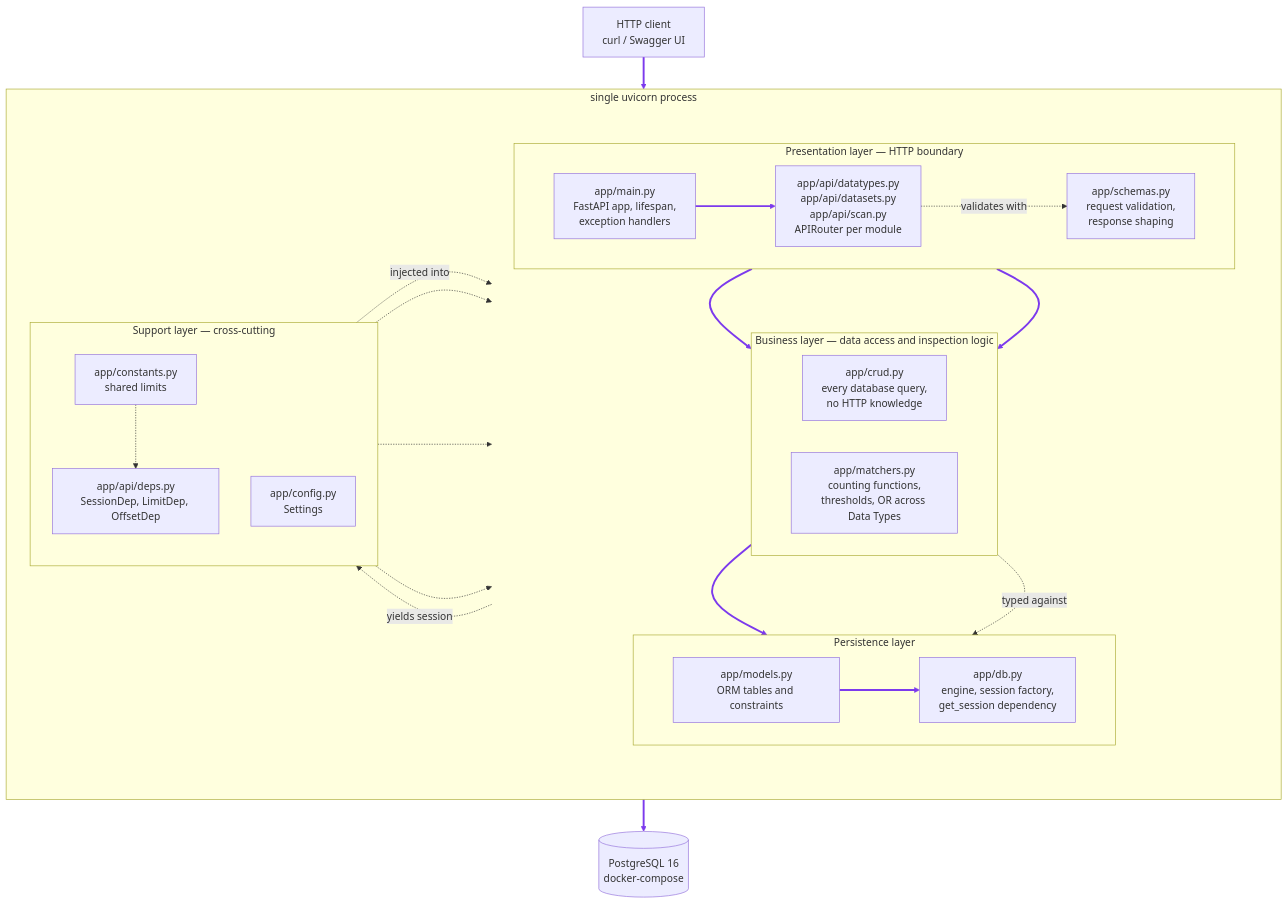
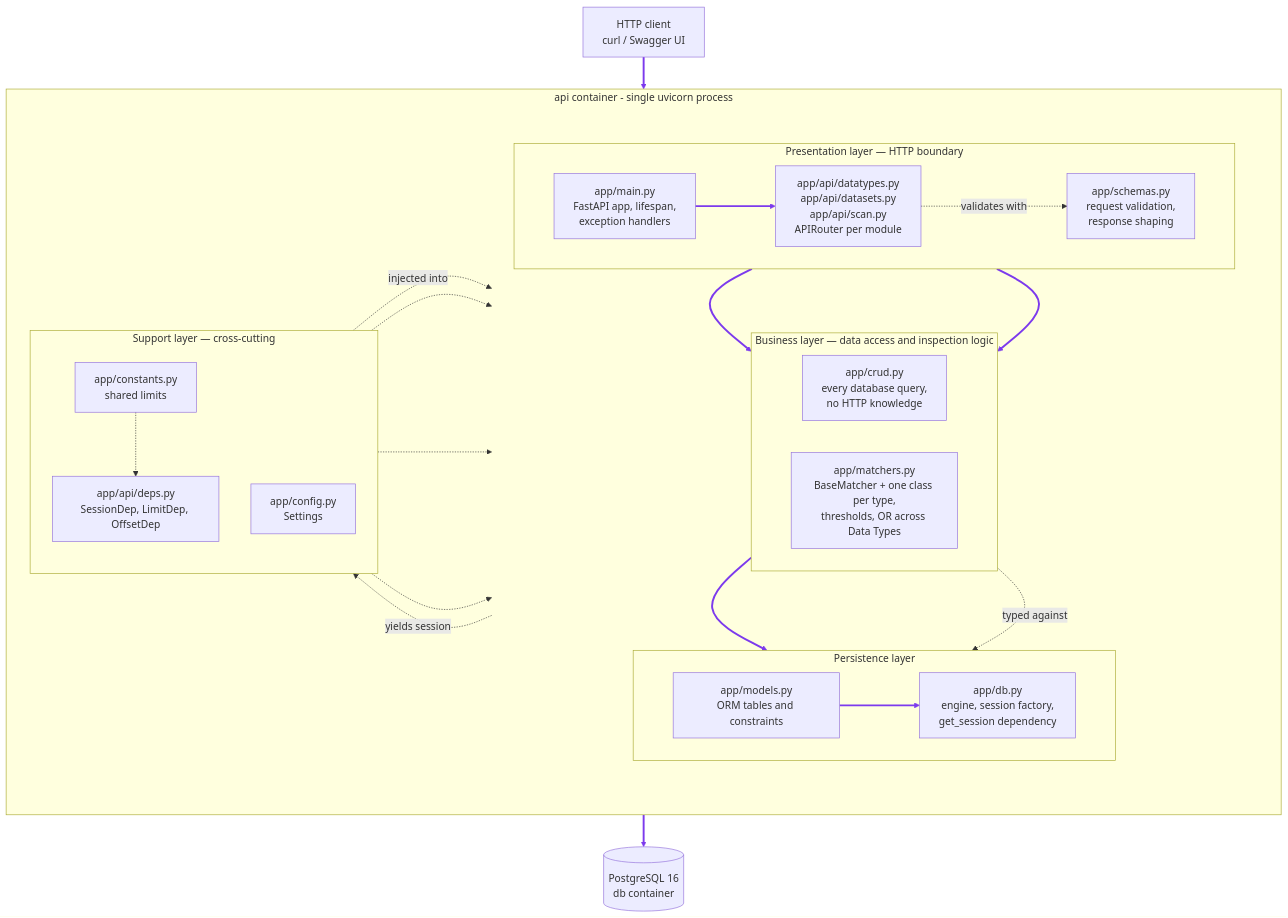
Before and after one commit to dolevol/data_leak_prevention: diagram 13 of 19 in docs/ARCHITECTURE.md, drawn with Mermaid. The commit also changed other lines of this file and 9 other files, not shown here.

````diff
--- a/docs/ARCHITECTURE.md
+++ b/docs/ARCHITECTURE.md
@@ -216,61 +212,61 @@
 ```mermaid
 flowchart TD
     Client["HTTP client<br/>curl / Swagger UI"] --> Main
 
-    subgraph App ["single uvicorn process"]
+    subgraph App ["api container - single uvicorn process"]
         direction LR
 
         subgraph Core [" "]
             direction TB
 
             subgraph L1 ["Presentation layer — HTTP boundary"]
                 direction LR
                 Main["app/main.py<br/>FastAPI app, lifespan,<br/>exception handlers"]
                 Routers["app/api/datatypes.py<br/>app/api/datasets.py<br/>app/api/scan.py<br/>APIRouter per module"]
                 Schemas["app/schemas.py<br/>request validation,<br/>response shaping"]
             end
 
             subgraph L2 ["Business layer — data access and inspection logic"]
                 direction LR
                 Crud["app/crud.py<br/>every database query,<br/>no HTTP knowledge"]
-                Matchers["app/matchers.py<br/>counting functions,<br/>thresholds, OR across Data Types"]
+                Matchers["app/matchers.py<br/>BaseMatcher + one class per type,<br/>thresholds, OR across Data Types"]
             end
 
             subgraph L3 ["Persistence layer"]
                 direction LR
                 Models["app/models.py<br/>ORM tables and constraints"]
                 Db["app/db.py<br/>engine, session factory,<br/>get_session dependency"]
             end
         end
 
         subgraph L4 ["Support layer — cross-cutting"]
             direction TB
             Deps["app/api/deps.py<br/>SessionDep, LimitDep, OffsetDep"]
             Const["app/constants.py<br/>shared limits"]
             Cfg["app/config.py<br/>Settings"]
         end
 
         Main --> Routers
         Routers --> Crud
         Routers --> Matchers
         Crud --> Models
         Models --> Db
     end
 
-    Db --> PG[("PostgreSQL 16<br/>docker-compose")]
+    Db --> PG[("PostgreSQL 16<br/>db container")]
 
     %% Every solid request-path link is declared above, so the purple set below is
     %% the contiguous range 0-6. Dashed links go after it: appending one can never
     %% shift the styled indices again.
     Deps -.->|"injected into"| Routers
     Routers -.->|"validates with"| Schemas
     Matchers -.->|"typed against"| Models
     Const -.-> Schemas
     Const -.-> Models
     Const -.-> Deps
     Cfg -.-> Db
     Db -.->|"yields session"| Deps
 
     style Core fill:none,stroke:none
     linkStyle 0,1,2,3,4,5,6 stroke:#7c3aed,stroke-width:3px
 ```
````
